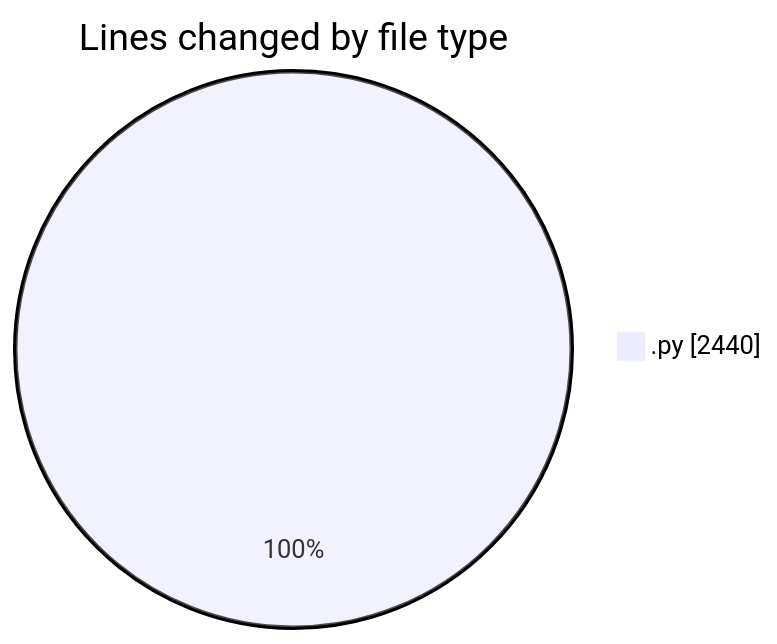
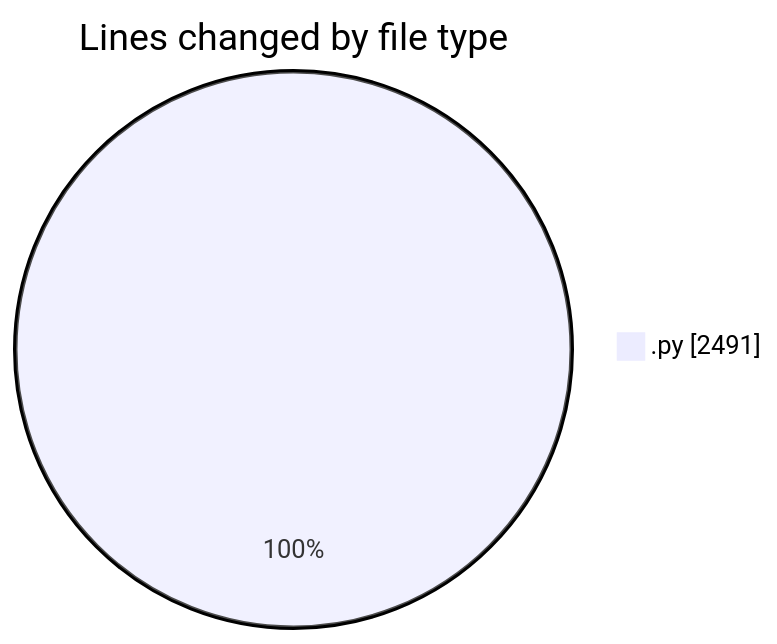
One commit to julien-gomy/code-tracking changed the first of 2 diagrams in 2025-10-15/eventscop-api-guide__workspace_/README.md. Above: the diagram before and after it, drawn with Mermaid. The commit also changed other lines of this file and 1 other file, not shown here.

````diff
--- a/2025-10-15/eventscop-api-guide__workspace_/README.md
+++ b/2025-10-15/eventscop-api-guide__workspace_/README.md
@@ -24,5 +24,5 @@
 ```mermaid
 pie showData
 title Lines changed by file type
-".py" : 2440
+".py" : 2491
 ```
````
